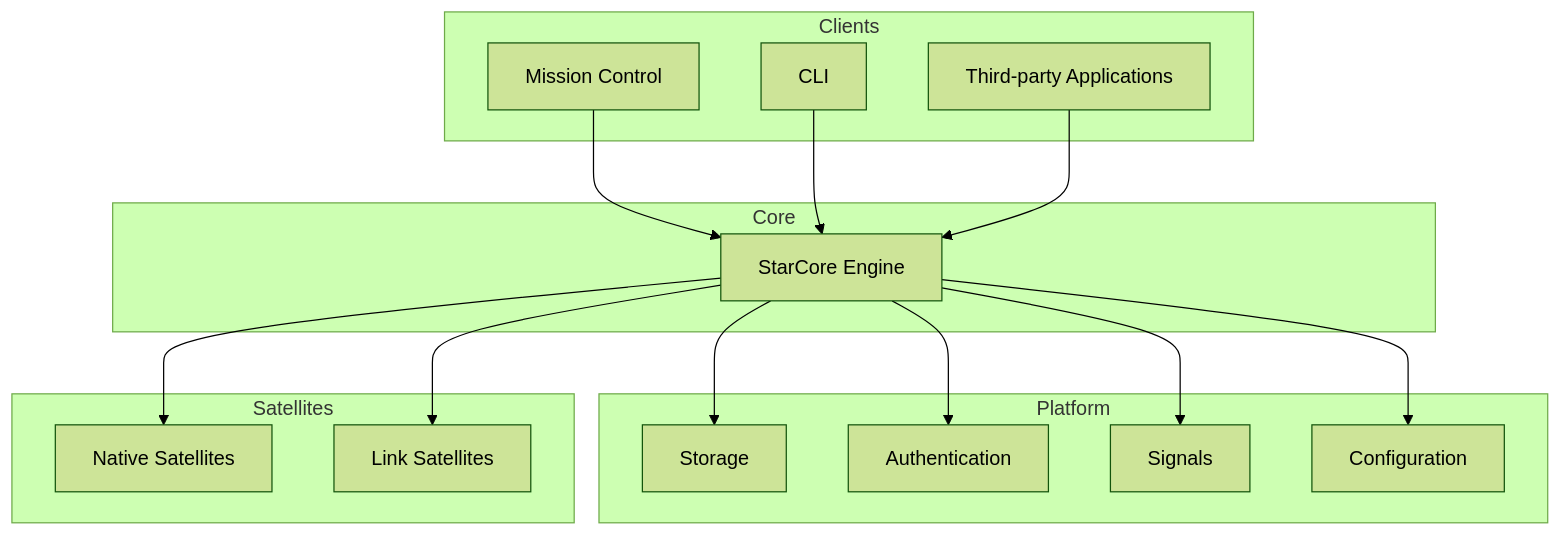
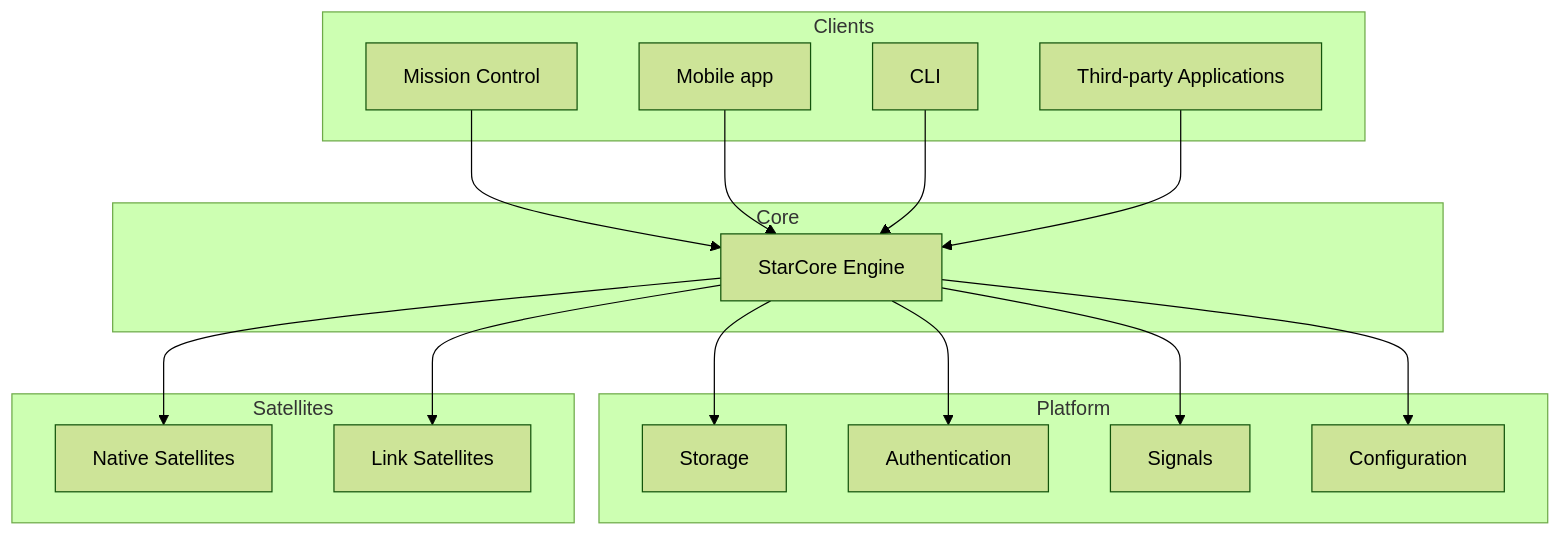
The diagram in docs/architecture.md (mello-ww/starcore), drawn with Mermaid (forest theme) before and after one commit. The commit also changed other lines of this file and 72 other files, not shown here.

Commit message:
Add mobile app and clean repository

````diff
--- a/docs/architecture.md
+++ b/docs/architecture.md
@@ -38,37 +45,39 @@
 ```mermaid
 flowchart TB
 
 subgraph Clients
     MC["Mission Control"]
+    Mobile["Mobile app"]
     CLI["CLI"]
     Third["Third-party Applications"]
 end
 
 subgraph Core
     Engine["StarCore Engine"]
 end
 
 subgraph Platform
     Storage["Storage"]
     Auth["Authentication"]
     Signals["Signals"]
     Config["Configuration"]
 end
 
 subgraph Satellites
     Native["Native Satellites"]
     Link["Link Satellites"]
 end
 
 MC --> Engine
+Mobile --> Engine
 CLI --> Engine
 Third --> Engine
 
 Engine --> Storage
 Engine --> Auth
 Engine --> Signals
 Engine --> Config
 
 Engine --> Native
 Engine --> Link
 ```
````
